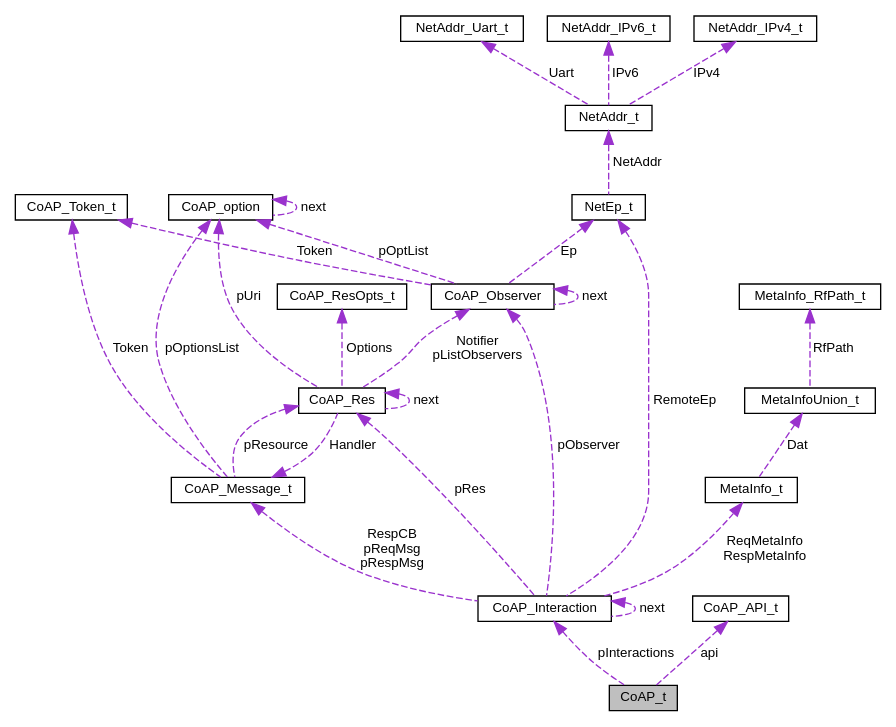
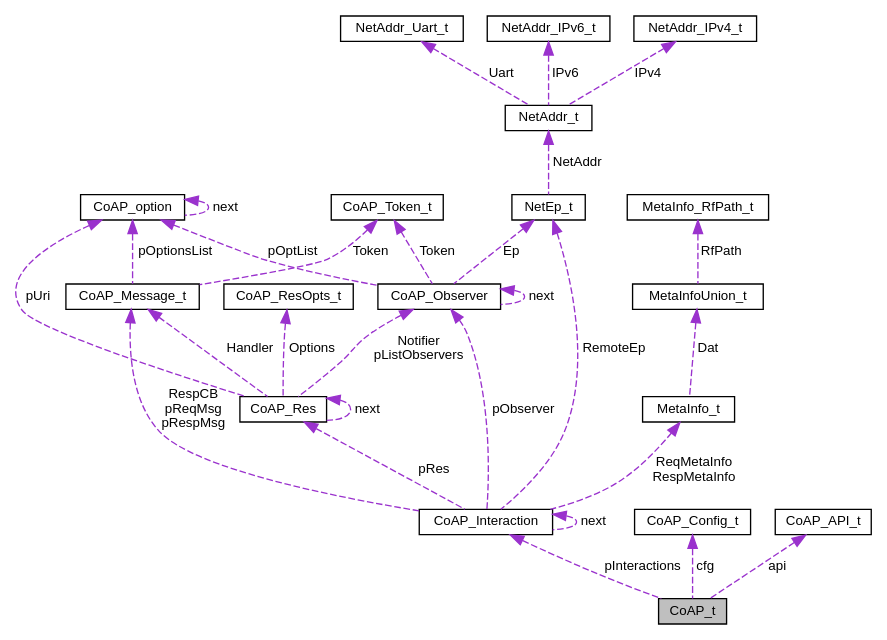
Before and after one commit to MarcelNoten/MarcelNoten.github.io: the diagram in struct_co_a_p__t__coll__graph.dot, drawn with Graphviz. The commit also changed 546 other files, not shown here.

```diff
--- a/struct_co_a_p__t__coll__graph.dot
+++ b/struct_co_a_p__t__coll__graph.dot
@@ -1,50 +1,51 @@
 digraph "CoAP_t"
 {
  // LATEX_PDF_SIZE
   edge [fontname="Helvetica",fontsize="10",labelfontname="Helvetica",labelfontsize="10"];
   node [fontname="Helvetica",fontsize="10",shape=record];
-  Node1 [label="CoAP_t",height=0.2,width=0.4,color="black", fillcolor="grey75", style="filled", fontcolor="black",tooltip=" "];
+  Node1 [label="CoAP_t",height=0.2,width=0.4,color="black", fillcolor="grey75", style="filled", fontcolor="black",tooltip="Coap struct."];
   Node2 -> Node1 [dir="back",color="darkorchid3",fontsize="10",style="dashed",label=" pInteractions" ,fontname="Helvetica"];
-  Node2 [label="CoAP_Interaction",height=0.2,width=0.4,color="black", fillcolor="white", style="filled",URL="$struct_co_a_p___interaction.html",tooltip=" "];
+  Node2 [label="CoAP_Interaction",height=0.2,width=0.4,color="black", fillcolor="white", style="filled",URL="$struct_co_a_p___interaction.html",tooltip="Struct coap interaction."];
   Node2 -> Node2 [dir="back",color="darkorchid3",fontsize="10",style="dashed",label=" next" ,fontname="Helvetica"];
   Node3 -> Node2 [dir="back",color="darkorchid3",fontsize="10",style="dashed",label=" pObserver" ,fontname="Helvetica"];
-  Node3 [label="CoAP_Observer",height=0.2,width=0.4,color="black", fillcolor="white", style="filled",URL="$struct_co_a_p___observer.html",tooltip=" "];
+  Node3 [label="CoAP_Observer",height=0.2,width=0.4,color="black", fillcolor="white", style="filled",URL="$struct_co_a_p___observer.html",tooltip="Coap Observer."];
   Node3 -> Node3 [dir="back",color="darkorchid3",fontsize="10",style="dashed",label=" next" ,fontname="Helvetica"];
   Node4 -> Node3 [dir="back",color="darkorchid3",fontsize="10",style="dashed",label=" pOptList" ,fontname="Helvetica"];
-  Node4 [label="CoAP_option",height=0.2,width=0.4,color="black", fillcolor="white", style="filled",URL="$struct_co_a_p__option.html",tooltip=" "];
+  Node4 [label="CoAP_option",height=0.2,width=0.4,color="black", fillcolor="white", style="filled",URL="$struct_co_a_p__option.html",tooltip="Coap option."];
   Node4 -> Node4 [dir="back",color="darkorchid3",fontsize="10",style="dashed",label=" next" ,fontname="Helvetica"];
   Node5 -> Node3 [dir="back",color="darkorchid3",fontsize="10",style="dashed",label=" Token" ,fontname="Helvetica"];
-  Node5 [label="CoAP_Token_t",height=0.2,width=0.4,color="black", fillcolor="white", style="filled",URL="$struct_co_a_p___token__t.html",tooltip=" "];
+  Node5 [label="CoAP_Token_t",height=0.2,width=0.4,color="black", fillcolor="white", style="filled",URL="$struct_co_a_p___token__t.html",tooltip="Coap token."];
   Node6 -> Node3 [dir="back",color="darkorchid3",fontsize="10",style="dashed",label=" Ep" ,fontname="Helvetica"];
-  Node6 [label="NetEp_t",height=0.2,width=0.4,color="black", fillcolor="white", style="filled",URL="$struct_net_ep__t.html",tooltip=" "];
+  Node6 [label="NetEp_t",height=0.2,width=0.4,color="black", fillcolor="white", style="filled",URL="$struct_net_ep__t.html",tooltip="General network endpoint."];
   Node7 -> Node6 [dir="back",color="darkorchid3",fontsize="10",style="dashed",label=" NetAddr" ,fontname="Helvetica"];
-  Node7 [label="NetAddr_t",height=0.2,width=0.4,color="black", fillcolor="white", style="filled",URL="$union_net_addr__t.html",tooltip=" "];
+  Node7 [label="NetAddr_t",height=0.2,width=0.4,color="black", fillcolor="white", style="filled",URL="$union_net_addr__t.html",tooltip="General address."];
   Node8 -> Node7 [dir="back",color="darkorchid3",fontsize="10",style="dashed",label=" Uart" ,fontname="Helvetica"];
-  Node8 [label="NetAddr_Uart_t",height=0.2,width=0.4,color="black", fillcolor="white", style="filled",URL="$struct_net_addr___uart__t.html",tooltip=" "];
+  Node8 [label="NetAddr_Uart_t",height=0.2,width=0.4,color="black", fillcolor="white", style="filled",URL="$struct_net_addr___uart__t.html",tooltip="UART address."];
   Node9 -> Node7 [dir="back",color="darkorchid3",fontsize="10",style="dashed",label=" IPv6" ,fontname="Helvetica"];
-  Node9 [label="NetAddr_IPv6_t",height=0.2,width=0.4,color="black", fillcolor="white", style="filled",URL="$union_net_addr___i_pv6__t.html",tooltip=" "];
+  Node9 [label="NetAddr_IPv6_t",height=0.2,width=0.4,color="black", fillcolor="white", style="filled",URL="$union_net_addr___i_pv6__t.html",tooltip="IPv6 address."];
   Node10 -> Node7 [dir="back",color="darkorchid3",fontsize="10",style="dashed",label=" IPv4" ,fontname="Helvetica"];
-  Node10 [label="NetAddr_IPv4_t",height=0.2,width=0.4,color="black", fillcolor="white", style="filled",URL="$union_net_addr___i_pv4__t.html",tooltip=" "];
+  Node10 [label="NetAddr_IPv4_t",height=0.2,width=0.4,color="black", fillcolor="white", style="filled",URL="$union_net_addr___i_pv4__t.html",tooltip="IPv4 address."];
   Node11 -> Node2 [dir="back",color="darkorchid3",fontsize="10",style="dashed",label=" RespCB\npReqMsg\npRespMsg" ,fontname="Helvetica"];
-  Node11 [label="CoAP_Message_t",height=0.2,width=0.4,color="black", fillcolor="white", style="filled",URL="$struct_co_a_p___message__t.html",tooltip=" "];
-  Node12 -> Node11 [dir="back",color="darkorchid3",fontsize="10",style="dashed",label=" pResource" ,fontname="Helvetica"];
-  Node12 [label="CoAP_Res",height=0.2,width=0.4,color="black", fillcolor="white", style="filled",URL="$struct_co_a_p___res.html",tooltip=" "];
+  Node11 [label="CoAP_Message_t",height=0.2,width=0.4,color="black", fillcolor="white", style="filled",URL="$struct_co_a_p___message__t.html",tooltip="Coap message."];
+  Node4 -> Node11 [dir="back",color="darkorchid3",fontsize="10",style="dashed",label=" pOptionsList" ,fontname="Helvetica"];
+  Node5 -> Node11 [dir="back",color="darkorchid3",fontsize="10",style="dashed",label=" Token" ,fontname="Helvetica"];
+  Node12 -> Node2 [dir="back",color="darkorchid3",fontsize="10",style="dashed",label=" pRes" ,fontname="Helvetica"];
+  Node12 [label="CoAP_Res",height=0.2,width=0.4,color="black", fillcolor="white", style="filled",URL="$struct_co_a_p___res.html",tooltip="Coap resource."];
   Node13 -> Node12 [dir="back",color="darkorchid3",fontsize="10",style="dashed",label=" Options" ,fontname="Helvetica"];
-  Node13 [label="CoAP_ResOpts_t",height=0.2,width=0.4,color="black", fillcolor="white", style="filled",URL="$struct_co_a_p___res_opts__t.html",tooltip=" "];
+  Node13 [label="CoAP_ResOpts_t",height=0.2,width=0.4,color="black", fillcolor="white", style="filled",URL="$struct_co_a_p___res_opts__t.html",tooltip="Coap resource options."];
   Node3 -> Node12 [dir="back",color="darkorchid3",fontsize="10",style="dashed",label=" Notifier\npListObservers" ,fontname="Helvetica"];
   Node11 -> Node12 [dir="back",color="darkorchid3",fontsize="10",style="dashed",label=" Handler" ,fontname="Helvetica"];
   Node12 -> Node12 [dir="back",color="darkorchid3",fontsize="10",style="dashed",label=" next" ,fontname="Helvetica"];
   Node4 -> Node12 [dir="back",color="darkorchid3",fontsize="10",style="dashed",label=" pUri" ,fontname="Helvetica"];
-  Node4 -> Node11 [dir="back",color="darkorchid3",fontsize="10",style="dashed",label=" pOptionsList" ,fontname="Helvetica"];
-  Node5 -> Node11 [dir="back",color="darkorchid3",fontsize="10",style="dashed",label=" Token" ,fontname="Helvetica"];
-  Node12 -> Node2 [dir="back",color="darkorchid3",fontsize="10",style="dashed",label=" pRes" ,fontname="Helvetica"];
   Node14 -> Node2 [dir="back",color="darkorchid3",fontsize="10",style="dashed",label=" ReqMetaInfo\nRespMetaInfo" ,fontname="Helvetica"];
-  Node14 [label="MetaInfo_t",height=0.2,width=0.4,color="black", fillcolor="white", style="filled",URL="$struct_meta_info__t.html",tooltip=" "];
+  Node14 [label="MetaInfo_t",height=0.2,width=0.4,color="black", fillcolor="white", style="filled",URL="$struct_meta_info__t.html",tooltip="MetaInfo_t."];
   Node15 -> Node14 [dir="back",color="darkorchid3",fontsize="10",style="dashed",label=" Dat" ,fontname="Helvetica"];
-  Node15 [label="MetaInfoUnion_t",height=0.2,width=0.4,color="black", fillcolor="white", style="filled",URL="$union_meta_info_union__t.html",tooltip=" "];
+  Node15 [label="MetaInfoUnion_t",height=0.2,width=0.4,color="black", fillcolor="white", style="filled",URL="$union_meta_info_union__t.html",tooltip="MetaInfoUnion_t."];
   Node16 -> Node15 [dir="back",color="darkorchid3",fontsize="10",style="dashed",label=" RfPath" ,fontname="Helvetica"];
-  Node16 [label="MetaInfo_RfPath_t",height=0.2,width=0.4,color="black", fillcolor="white", style="filled",URL="$struct_meta_info___rf_path__t.html",tooltip=" "];
+  Node16 [label="MetaInfo_RfPath_t",height=0.2,width=0.4,color="black", fillcolor="white", style="filled",URL="$struct_meta_info___rf_path__t.html",tooltip="MetaInfo_RfPath_t."];
   Node6 -> Node2 [dir="back",color="darkorchid3",fontsize="10",style="dashed",label=" RemoteEp" ,fontname="Helvetica"];
-  Node17 -> Node1 [dir="back",color="darkorchid3",fontsize="10",style="dashed",label=" api" ,fontname="Helvetica"];
-  Node17 [label="CoAP_API_t",height=0.2,width=0.4,color="black", fillcolor="white", style="filled",URL="$struct_co_a_p___a_p_i__t.html",tooltip=" "];
+  Node17 -> Node1 [dir="back",color="darkorchid3",fontsize="10",style="dashed",label=" cfg" ,fontname="Helvetica"];
+  Node17 [label="CoAP_Config_t",height=0.2,width=0.4,color="black", fillcolor="white", style="filled",URL="$struct_co_a_p___config__t.html",tooltip="Coap config memory."];
+  Node18 -> Node1 [dir="back",color="darkorchid3",fontsize="10",style="dashed",label=" api" ,fontname="Helvetica"];
+  Node18 [label="CoAP_API_t",height=0.2,width=0.4,color="black", fillcolor="white", style="filled",URL="$struct_co_a_p___a_p_i__t.html",tooltip="Coap API."];
 }
```
